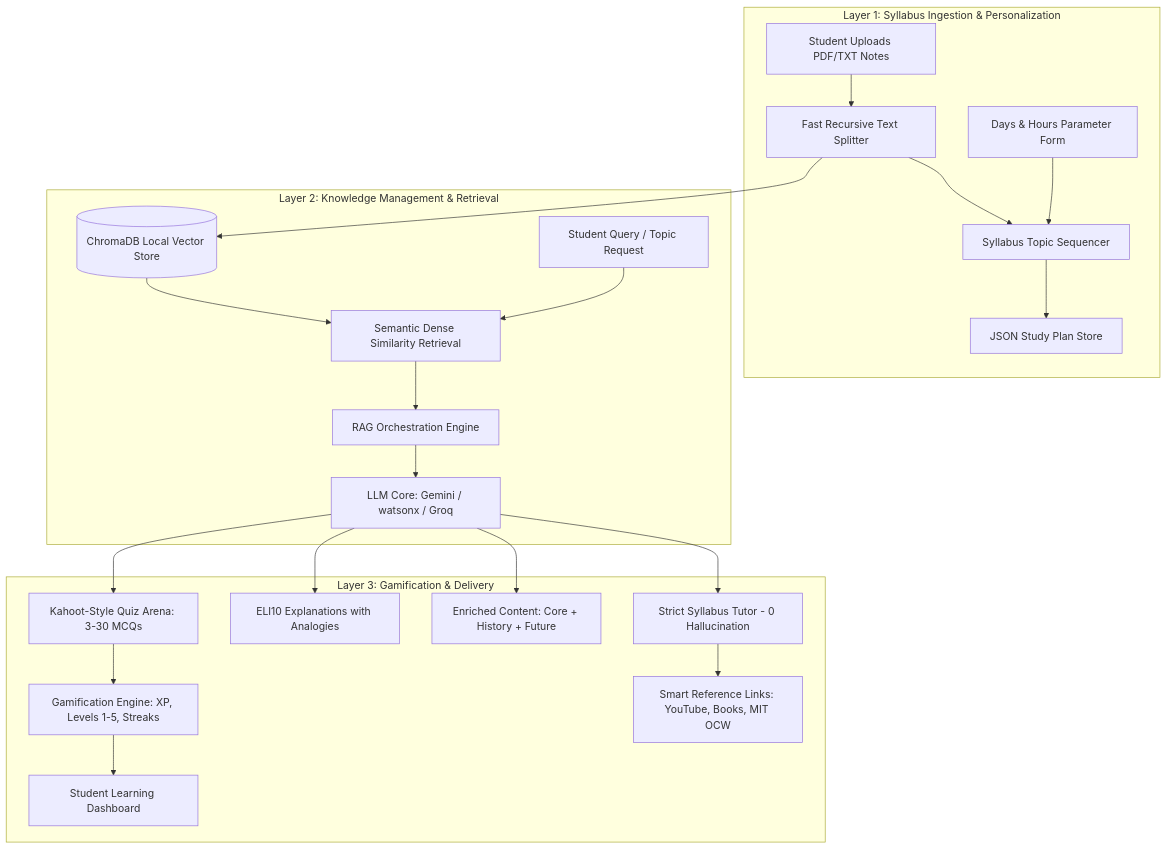
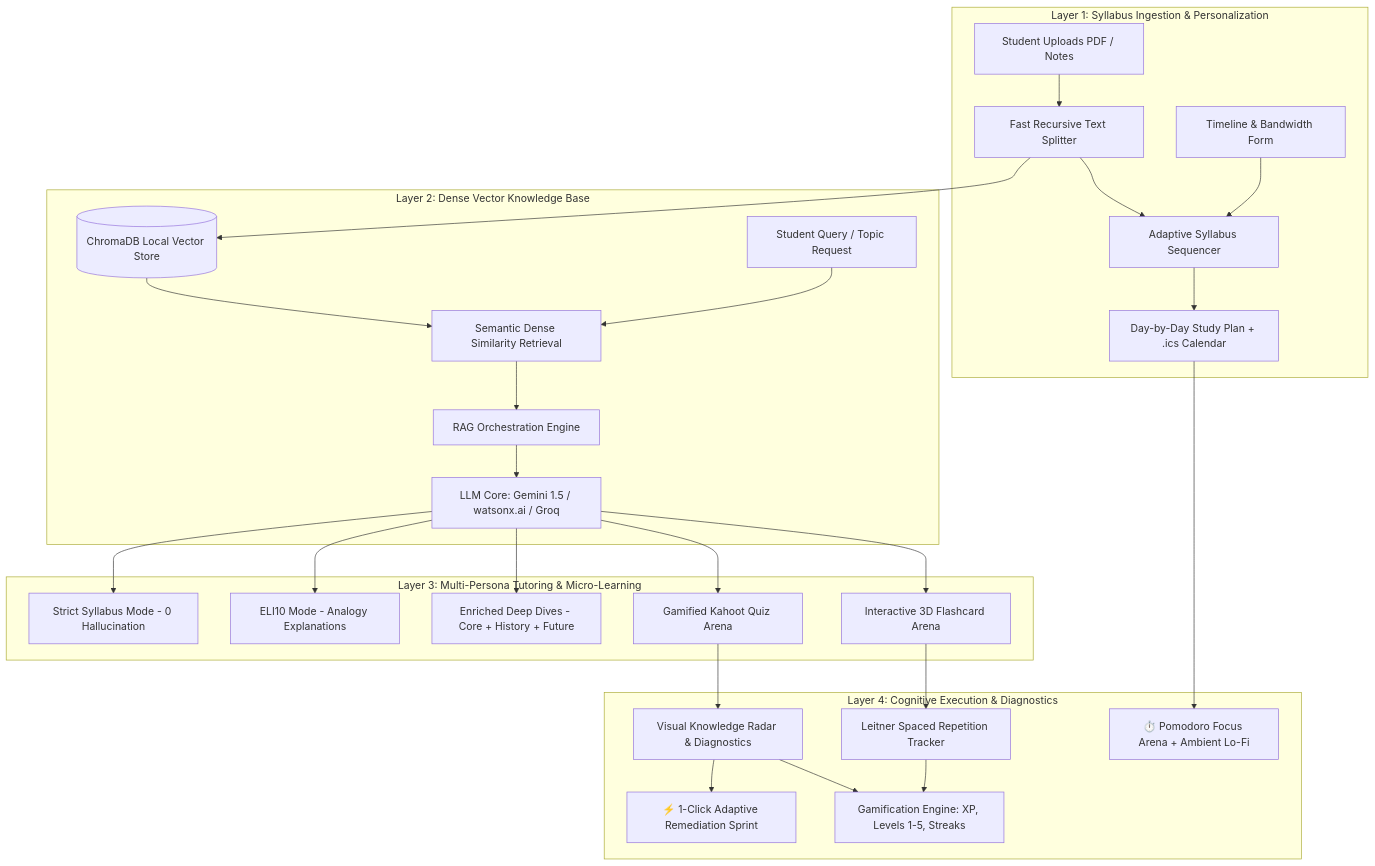
The diagram in README.md (Abhijeet0848/IBM-hackathon), drawn with Mermaid before and after one commit. The commit also changed other lines of this file, not shown here.

Commit message:
docs: update comprehensive README with architecture diagram, feature showcase, live demo link, and quickstart guide

````diff
--- a/README.md
+++ b/README.md
@@ -15,27 +28,33 @@
 ```mermaid
 graph TD
     subgraph Layer1 [Layer 1: Syllabus Ingestion & Personalization]
-        A[Student Uploads PDF/TXT Notes] --> B[Fast Recursive Text Splitter]
-        C[Days & Hours Parameter Form] --> D[Syllabus Topic Sequencer]
+        A[Student Uploads PDF / Notes] --> B[Fast Recursive Text Splitter]
+        C[Timeline & Bandwidth Form] --> D[Adaptive Syllabus Sequencer]
         B --> D
-        D --> E[JSON Study Plan Store]
+        D --> E[Day-by-Day Study Plan + .ics Calendar]
     end
 
-    subgraph Layer2 [Layer 2: Knowledge Management & Retrieval]
+    subgraph Layer2 [Layer 2: Dense Vector Knowledge Base]
         B --> F[(ChromaDB Local Vector Store)]
         G[Student Query / Topic Request] --> H[Semantic Dense Similarity Retrieval]
         F --> H
         H --> I[RAG Orchestration Engine]
-        I --> J[LLM Core: Gemini / watsonx / Groq]
+        I --> J[LLM Core: Gemini 1.5 / watsonx.ai / Groq]
     end
 
-    subgraph Layer3 [Layer 3: Gamification & Delivery]
-        J --> K[Strict Syllabus Tutor - 0 Hallucination]
-        J --> L[ELI10 Explanations with Analogies]
-        J --> M[Enriched Content: Core + History + Future]
-        J --> N[Kahoot-Style Quiz Arena: 3-30 MCQs]
-        N --> O[Gamification Engine: XP, Levels 1-5, Streaks]
-        K --> P[Smart Reference Links: YouTube, Books, MIT OCW]
-        O --> Q[Student Learning Dashboard]
+    subgraph Layer3 [Layer 3: Multi-Persona Tutoring & Micro-Learning]
+        J --> K[Strict Syllabus Mode - 0 Hallucination]
+        J --> L[ELI10 Mode - Analogy Explanations]
+        J --> M[Enriched Deep Dives - Core + History + Future]
+        J --> N[Interactive 3D Flashcard Arena]
+        J --> O[Gamified Kahoot Quiz Arena]
+    end
+
+    subgraph Layer4 [Layer 4: Cognitive Execution & Diagnostics]
+        N --> P[Leitner Spaced Repetition Tracker]
+        O --> Q[Visual Knowledge Radar & Diagnostics]
+        Q --> R[⚡ 1-Click Adaptive Remediation Sprint]
+        E --> S[⏱️ Pomodoro Focus Arena + Ambient Lo-Fi]
+        P & Q --> T[Gamification Engine: XP, Levels 1-5, Streaks]
     end
 ```
````
